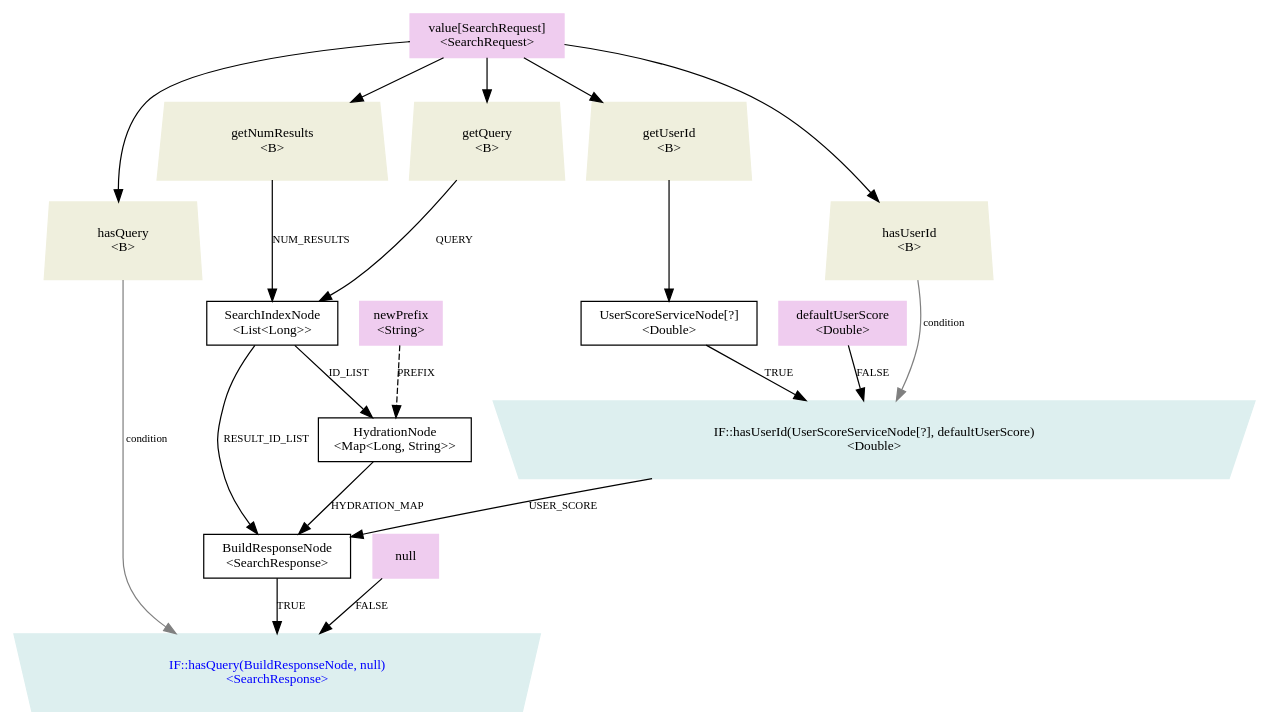
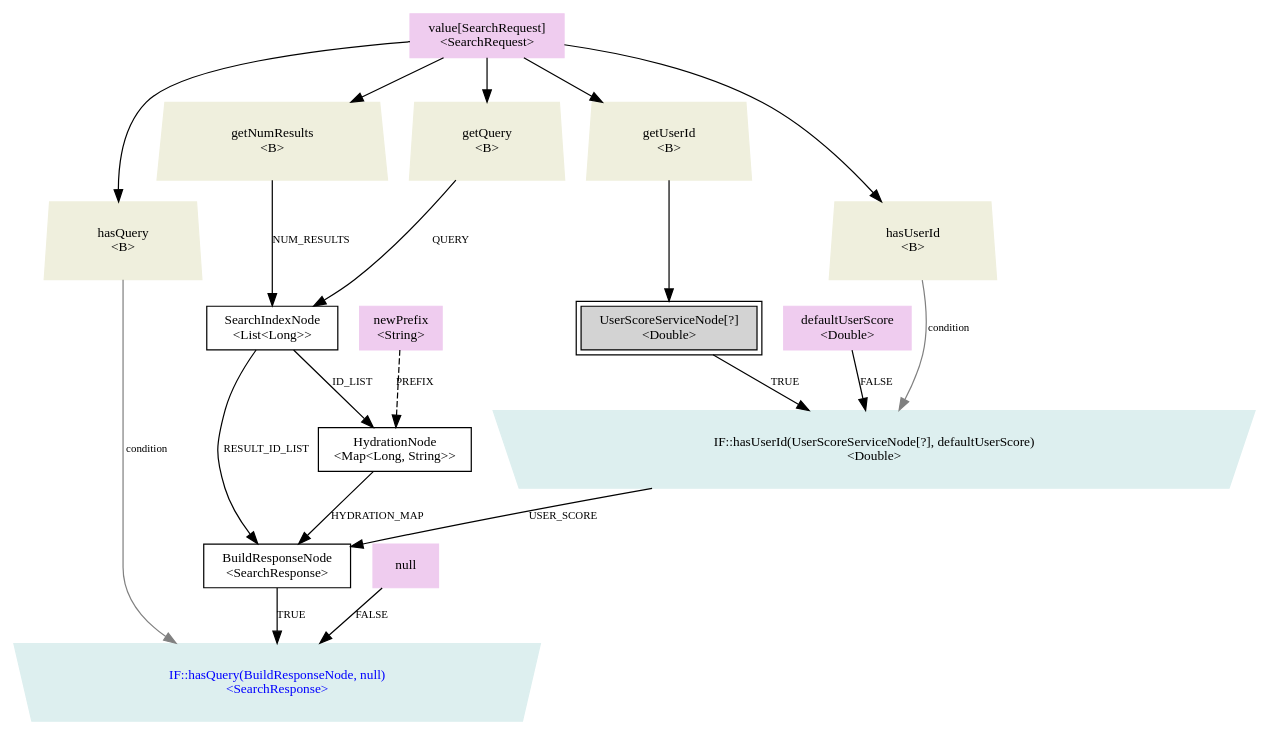
Before and after one commit to twitter/nodes: the diagram in src/main/java/com/twitter/nodes_examples/search/graph.dot, drawn with Graphviz. The commit also changed 2 other files, not shown here.

```diff
--- a/src/main/java/com/twitter/nodes_examples/search/graph.dot
+++ b/src/main/java/com/twitter/nodes_examples/search/graph.dot
@@ -1,40 +1,40 @@
 digraph G {
   rankdir=TB;
   node [shape=box fontname="menlo" fontsize=11];
   edge [fontname="menlo" fontsize=9];
   n0 [label="IF::hasQuery(BuildResponseNode, null)\n<SearchResponse>" style=filled,color="#ddefef",shape=polygon,sides=4,distortion=.05,fontcolor=blue];
   n1 [label="hasQuery\n<B>" style=filled,color="#efefdd",shape=polygon,sides=4,distortion=-.05];
   n2 [label="value[SearchRequest]\n<SearchRequest>" style=filled,color="#efccef",shape=box];
   n3 [label="BuildResponseNode\n<SearchResponse>" shape=box];
   n4 [label="IF::hasUserId(UserScoreServiceNode[?], defaultUserScore)\n<Double>" style=filled,color="#ddefef",shape=polygon,sides=4,distortion=.05];
   n5 [label="hasUserId\n<B>" style=filled,color="#efefdd",shape=polygon,sides=4,distortion=-.05];
-  n6 [label="UserScoreServiceNode[?]\n<Double>" shape=box];
+  n6 [label="UserScoreServiceNode[?]\n<Double>" style=filled,shape=box,peripheries=2];
   n7 [label="getUserId\n<B>" style=filled,color="#efefdd",shape=polygon,sides=4,distortion=-.05];
   n8 [label="defaultUserScore\n<Double>" style=filled,color="#efccef",shape=box];
   n9 [label="SearchIndexNode\n<List<Long>>" shape=box];
   n10 [label="getQuery\n<B>" style=filled,color="#efefdd",shape=polygon,sides=4,distortion=-.05];
   n11 [label="getNumResults\n<B>" style=filled,color="#efefdd",shape=polygon,sides=4,distortion=-.05];
   n12 [label="HydrationNode\n<Map<Long, String>>" shape=box];
   n13 [label="newPrefix\n<String>" style=filled,color="#efccef",shape=box];
   n14 [label="null" style=filled,color="#efccef",shape=box];
 
   n1 -> n0 [style=solid label="condition" color="grey"];
   n3 -> n0 [style=solid label="TRUE" color="black"];
   n14 -> n0 [style=solid label="FALSE" color="black"];
   n2 -> n1 [style=solid label="" color="black"];
   n12 -> n3 [style=solid label="HYDRATION_MAP" color="black"];
   n9 -> n3 [style=solid label="RESULT_ID_LIST" color="black"];
   n4 -> n3 [style=solid label="USER_SCORE" color="black"];
   n5 -> n4 [style=solid label="condition" color="grey"];
   n6 -> n4 [style=solid label="TRUE" color="black"];
   n8 -> n4 [style=solid label="FALSE" color="black"];
   n2 -> n5 [style=solid label="" color="black"];
   n7 -> n6 [style=solid label="" color="black"];
   n2 -> n7 [style=solid label="" color="black"];
   n11 -> n9 [style=solid label="NUM_RESULTS" color="black"];
   n10 -> n9 [style=solid label="QUERY" color="black"];
   n2 -> n10 [style=solid label="" color="black"];
   n13 -> n12 [style=dashed label="PREFIX" color="black"];
   n9 -> n12 [style=solid label="ID_LIST" color="black"];
   n2 -> n11 [style=solid label="" color="black"];
 }
```
